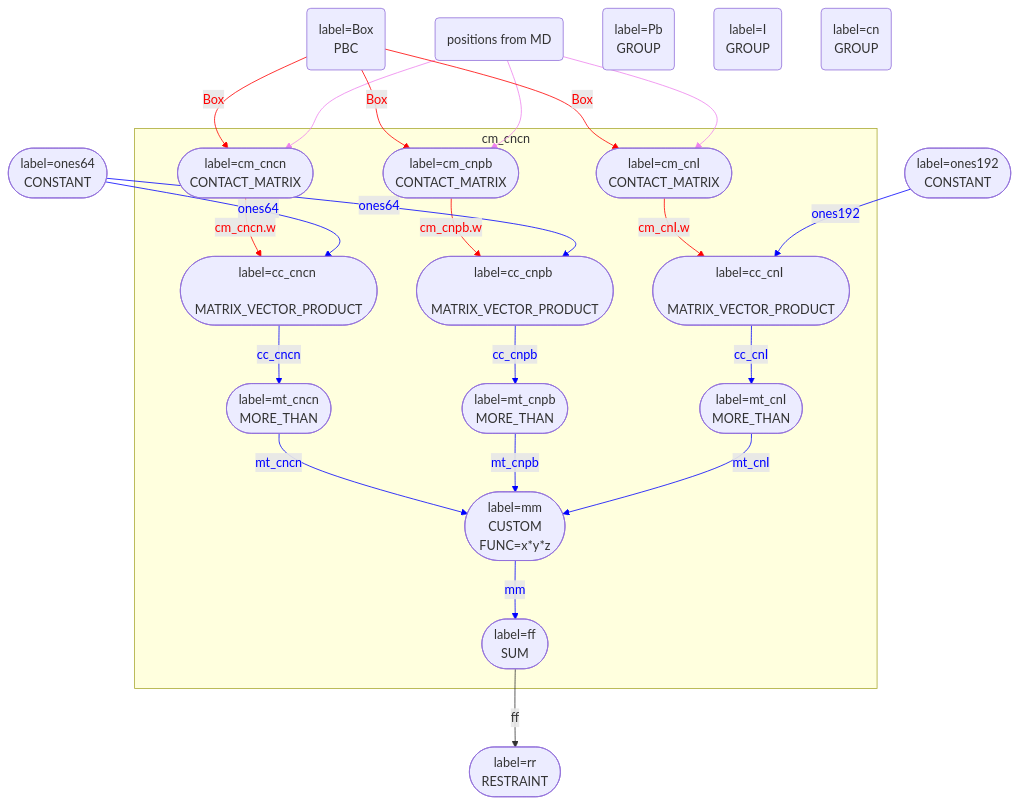
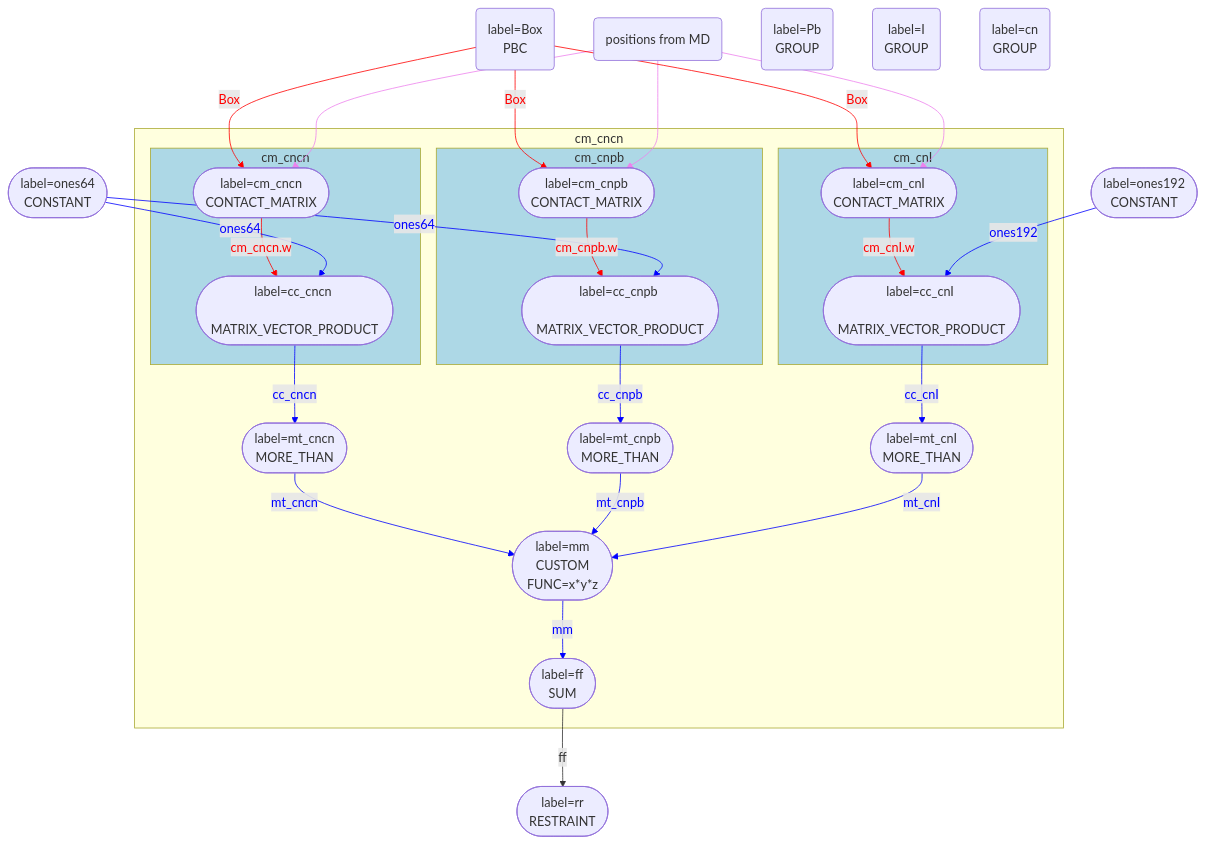
Before and after one commit to gtribello/plumed-thoughts: the third of 4 diagrams in contactMatrix.md, drawn with Mermaid. The commit also changed other lines of this file and 1 other file, not shown here.

Commit message:
updated graphs in these articles

```diff
--- a/contactMatrix.md
+++ b/contactMatrix.md
@@ -223,30 +230,39 @@
 MD --> cm_cncn
 linkStyle 1 stroke:violet,color:violet;
 subgraph subcm_cncn [cm_cncn]
+subgraph subcm_cncn_mat [cm_cncn]
 cm_cncn(["label=cm_cncn 
  CONTACT_MATRIX 
 "])
 cc_cncn(["label=cc_cncn 
  MATRIX_VECTOR_PRODUCT 
 "])
+end
+style subcm_cncn_mat fill:lightblue
 mt_cncn(["label=mt_cncn 
  MORE_THAN 
 "])
+subgraph subcm_cnpb_mat [cm_cnpb]
 cm_cnpb(["label=cm_cnpb 
  CONTACT_MATRIX 
 "])
 cc_cnpb(["label=cc_cnpb 
  MATRIX_VECTOR_PRODUCT 
 "])
+end
+style subcm_cnpb_mat fill:lightblue
 mt_cnpb(["label=mt_cnpb 
  MORE_THAN 
 "])
+subgraph subcm_cnI_mat [cm_cnI]
 cm_cnI(["label=cm_cnI 
  CONTACT_MATRIX 
 "])
 cc_cnI(["label=cc_cnI 
  MATRIX_VECTOR_PRODUCT 
 "])
+end
+style subcm_cnI_mat fill:lightblue
 mt_cnI(["label=mt_cnI 
  MORE_THAN 
 "])
```
